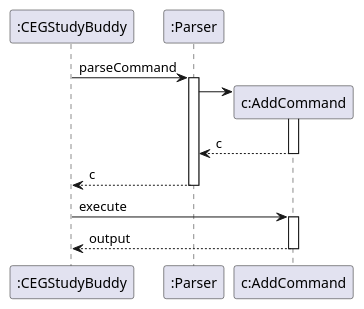
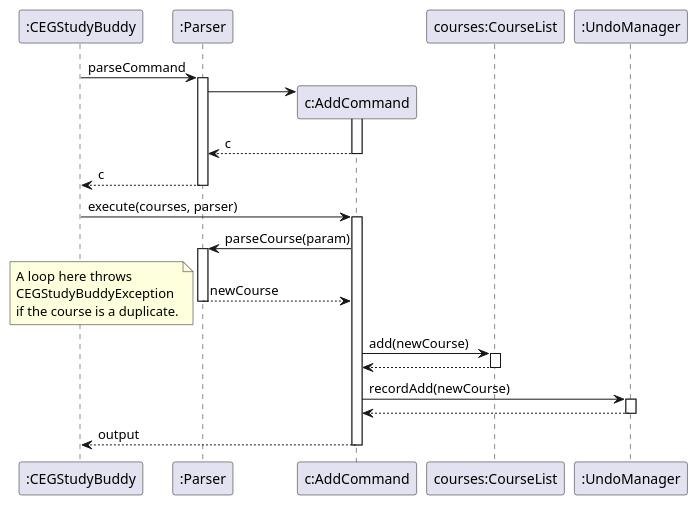
One commit to SahejAgarwal05/tp changed the diagram in docs/sequence_diagrams/AddCommandSequence.puml. Above: the diagram before and after it, drawn with PlantUML. The commit also changed 22 other files, not shown here.

Commit message:
Add sequence diagrams, improve text output

```diff
--- a/docs/sequence_diagrams/AddCommandSequence.puml
+++ b/docs/sequence_diagrams/AddCommandSequence.puml
@@ -1,18 +1,40 @@
 @startuml
 'https://plantuml.com/sequence-diagram
 
 ":CEGStudyBuddy" -> ":Parser": parseCommand
 activate ":Parser"
 ":Parser" -> "c:AddCommand" **
 activate "c:AddCommand"
 "c:AddCommand" --> ":Parser" : c
 deactivate "c:AddCommand"
 ":Parser" --> ":CEGStudyBuddy" : c
 deactivate ":Parser"
 
-":CEGStudyBuddy" -> "c:AddCommand" : execute
+":CEGStudyBuddy" -> "c:AddCommand" : execute(courses, parser)
 activate "c:AddCommand"
-"c:AddCommand" --> ":CEGStudyBuddy" : output
+
+"c:AddCommand" -> ":Parser": parseCourse(param)
+activate ":Parser"
+":Parser" --> "c:AddCommand": newCourse
+deactivate ":Parser"
+
+note left
+    A loop here throws
+    CEGStudyBuddyException
+    if the course is a duplicate.
+end note
+
+"c:AddCommand" -> "courses:CourseList": add(newCourse)
+activate "courses:CourseList"
+"courses:CourseList" --> "c:AddCommand"
+deactivate "courses:CourseList"
+
+"c:AddCommand" -> ":UndoManager": recordAdd(newCourse)
+activate ":UndoManager"
+":UndoManager" --> "c:AddCommand"
+deactivate ":UndoManager"
+
+":CEGStudyBuddy" <-- "c:AddCommand" : output
 deactivate "c:AddCommand"
 
 @enduml
```
